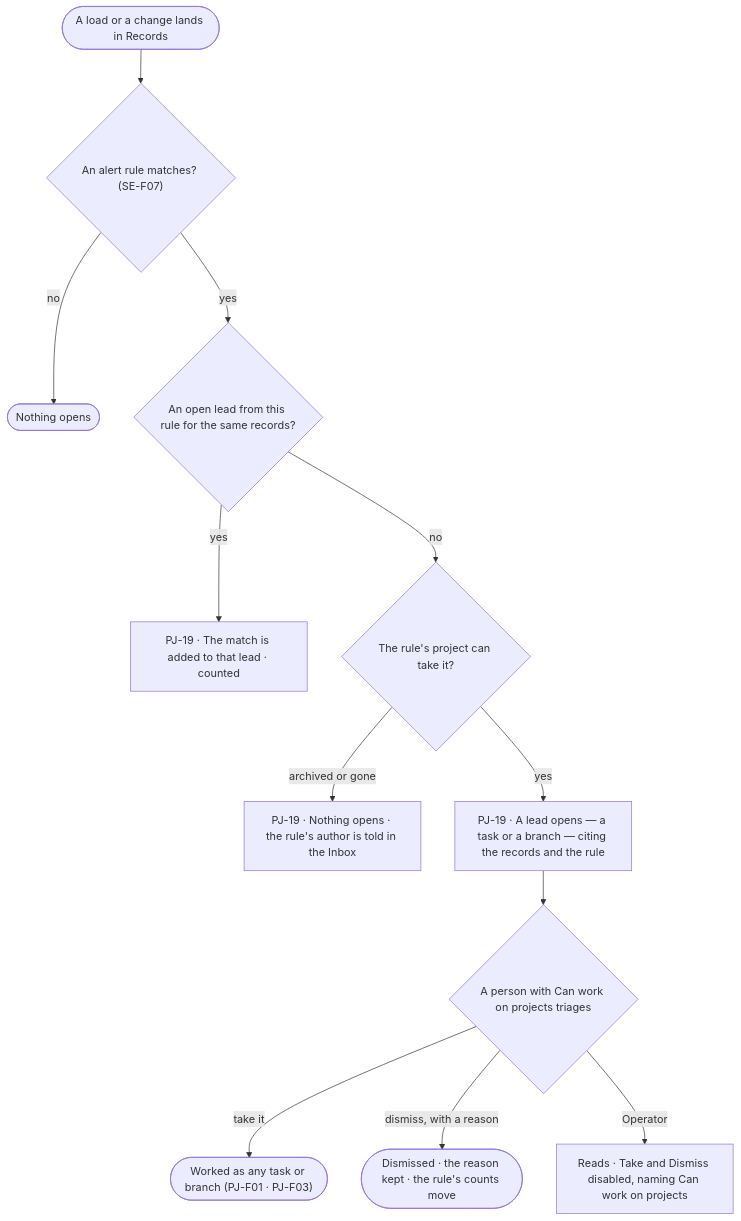
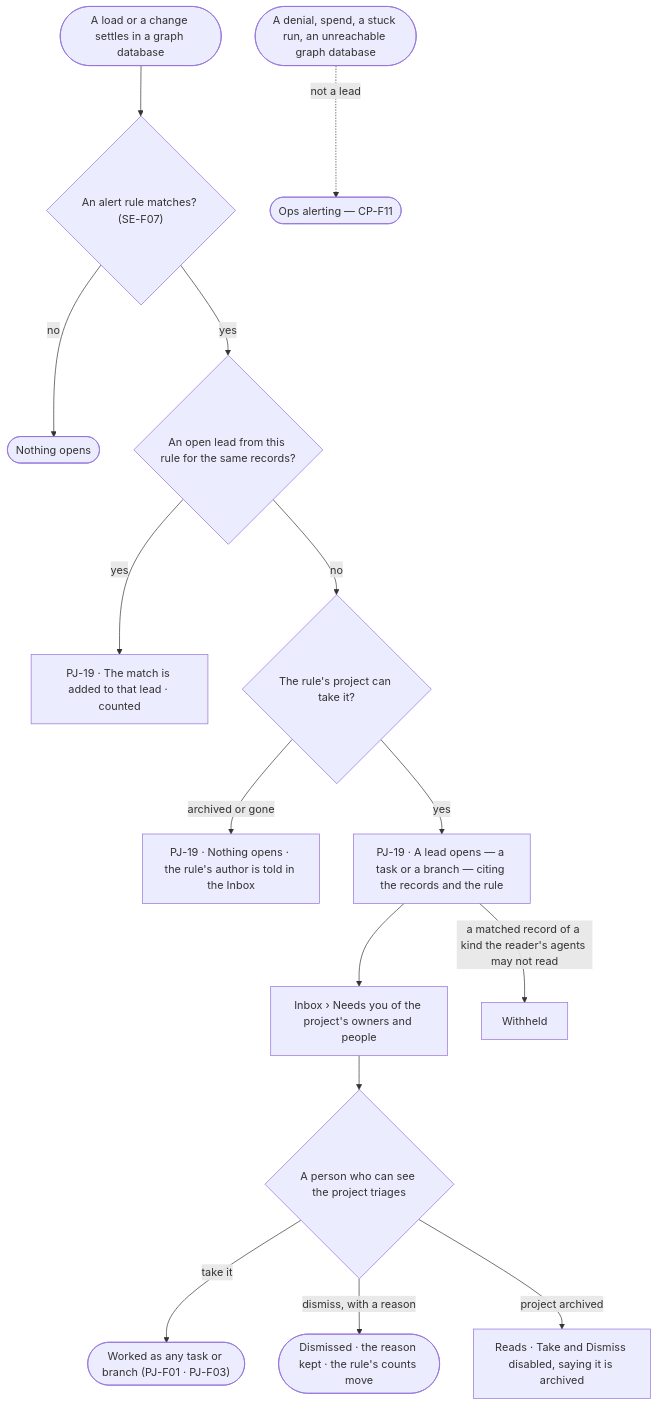
The first of 2 diagrams in specs/capabilities/projects/features/PJ-F06-alerts/feature.md (invana/invana), drawn with Mermaid before and after one commit. The commit also changed other lines of this file and 522 other files, not shown here.

````diff
--- a/specs/capabilities/projects/features/PJ-F06-alerts/feature.md
+++ b/specs/capabilities/projects/features/PJ-F06-alerts/feature.md
@@ -21,14 +25,17 @@
 ```mermaid
 flowchart TD
-  ld([A load or a change lands in Records]) --> chk{"An alert rule matches? (SE-F07)"}
+  ld([A load or a change settles in a graph database]) --> chk{"An alert rule matches? (SE-F07)"}
   chk -->|no| none([Nothing opens])
   chk -->|yes| open{"An open lead from this rule for the same records?"}
   open -->|yes| add["PJ-19 · The match is added to that lead · counted"]
   open -->|no| proj{"The rule's project can take it?"}
   proj -->|archived or gone| nf["PJ-19 · Nothing opens · the rule's author is told in the Inbox"]
   proj -->|yes| lead["PJ-19 · A lead opens — a task or a branch — citing the records and the rule"]
-  lead --> tri{"A person with Can work on projects triages"}
+  lead --> nyou["Inbox › Needs you of the project's owners and people"]
+  nyou --> tri{"A person who can see the project triages"}
   tri -->|take it| work(["Worked as any task or branch (PJ-F01 · PJ-F03)"])
   tri -->|dismiss, with a reason| dis(["Dismissed · the reason kept · the rule's counts move"])
-  tri -->|Operator| ro["Reads · Take and Dismiss disabled, naming Can work on projects"]
+  tri -->|project archived| ro["Reads · Take and Dismiss disabled, saying it is archived"]
+  lead -->|a matched record of a kind the reader's agents may not read| wr["Withheld"]
+  ops([A denial, spend, a stuck run, an unreachable graph database]) -.->|not a lead| cp(["Ops alerting — CP-F11"])
 ```
````
